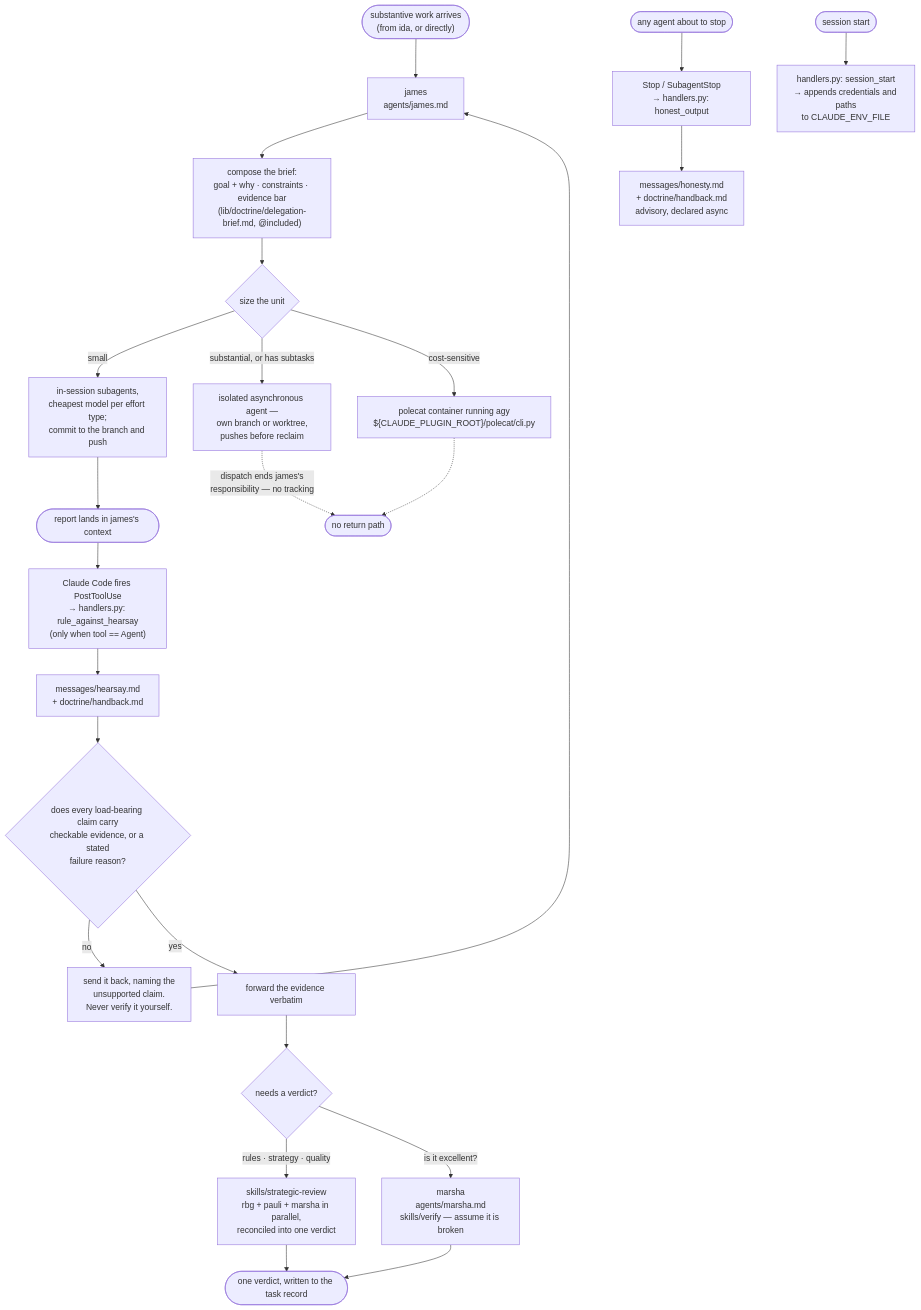
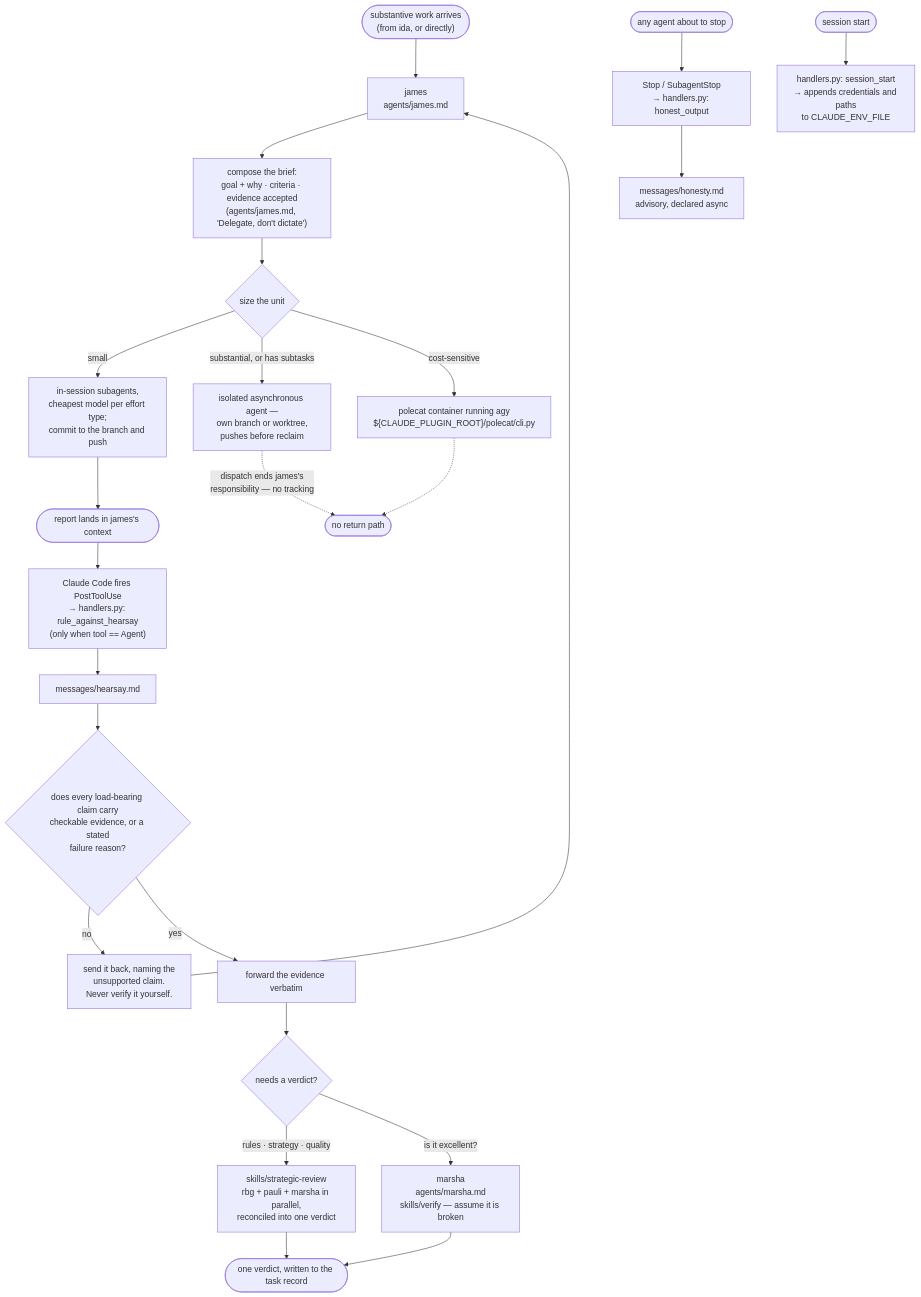
Before and after one commit to nicsuzor/academicOps: the diagram in plugins/orchestrate/README.md, drawn with Mermaid. The commit also changed other lines of this file and 4 other files, not shown here.

First line of the commit message:
docs: repoint references left dangling by the lib/doctrine dissolution

````diff
--- a/plugins/orchestrate/README.md
+++ b/plugins/orchestrate/README.md
@@ -5,32 +5,32 @@
 ```mermaid
 flowchart TD
     IN(["substantive work arrives<br/>(from ida, or directly)"]) --> J["james<br/>agents/james.md"]
-    J --> B["compose the brief:<br/>goal + why · constraints · evidence bar<br/>(lib/doctrine/delegation-brief.md, @included)"]
+    J --> B["compose the brief:<br/>goal + why · criteria · evidence accepted<br/>(agents/james.md, 'Delegate, don't dictate')"]
     B --> S{"size the unit"}
 
     S -->|small| SUB["in-session subagents,<br/>cheapest model per effort type;<br/>commit to the branch and push"]
     S -->|"substantial, or has subtasks"| ASY["isolated asynchronous agent —<br/>own branch or worktree,<br/>pushes before reclaim"]
     S -->|cost-sensitive| POL["polecat container running agy<br/>${CLAUDE_PLUGIN_ROOT}/polecat/cli.py"]
 
     ASY -.->|"dispatch ends james's<br/>responsibility — no tracking"| X([no return path])
     POL -.-> X
 
     SUB --> RET(["report lands in james's context"])
     RET --> H1["Claude Code fires PostToolUse<br/>→ handlers.py: rule_against_hearsay<br/>(only when tool == Agent)"]
-    H1 --> MSG1["messages/hearsay.md<br/>+ doctrine/handback.md"]
+    H1 --> MSG1["messages/hearsay.md"]
     MSG1 --> D{"does every load-bearing claim carry<br/>checkable evidence, or a stated<br/>failure reason?"}
     D -->|no| BACK["send it back, naming the<br/>unsupported claim.<br/>Never verify it yourself."]
     D -->|yes| FWD["forward the evidence verbatim"]
     BACK --> J
 
     FWD --> REV{"needs a verdict?"}
     REV -->|"rules · strategy · quality"| SR["skills/strategic-review<br/>rbg + pauli + marsha in parallel,<br/>reconciled into one verdict"]
     REV -->|"is it excellent?"| MAR["marsha<br/>agents/marsha.md<br/>skills/verify — assume it is broken"]
     SR --> OUT(["one verdict, written to the task record"])
     MAR --> OUT
 
     ANY(["any agent about to stop"]) --> H2["Stop / SubagentStop<br/>→ handlers.py: honest_output"]
-    H2 --> MSG2["messages/honesty.md<br/>+ doctrine/handback.md<br/>advisory, declared async"]
+    H2 --> MSG2["messages/honesty.md<br/>advisory, declared async"]
 
     SS(["session start"]) --> H3["handlers.py: session_start<br/>→ appends credentials and paths<br/>to CLAUDE_ENV_FILE"]
 ```
````
